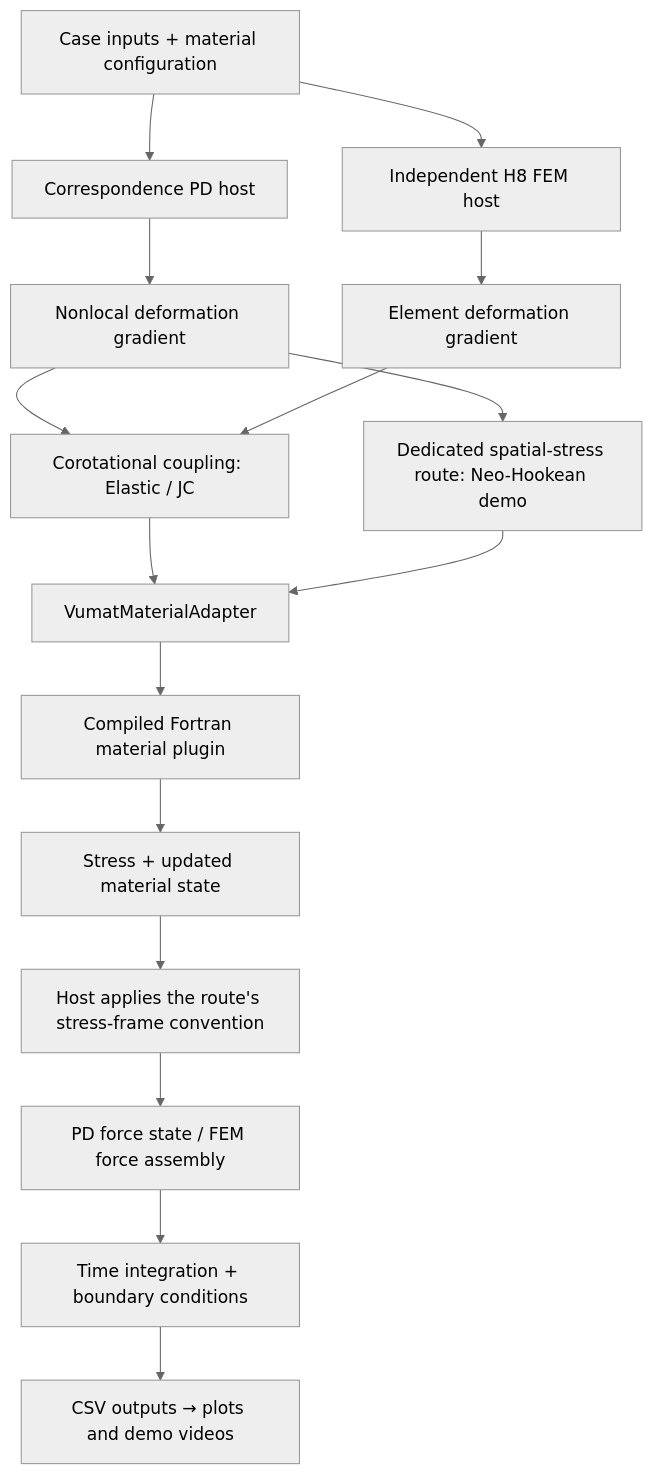
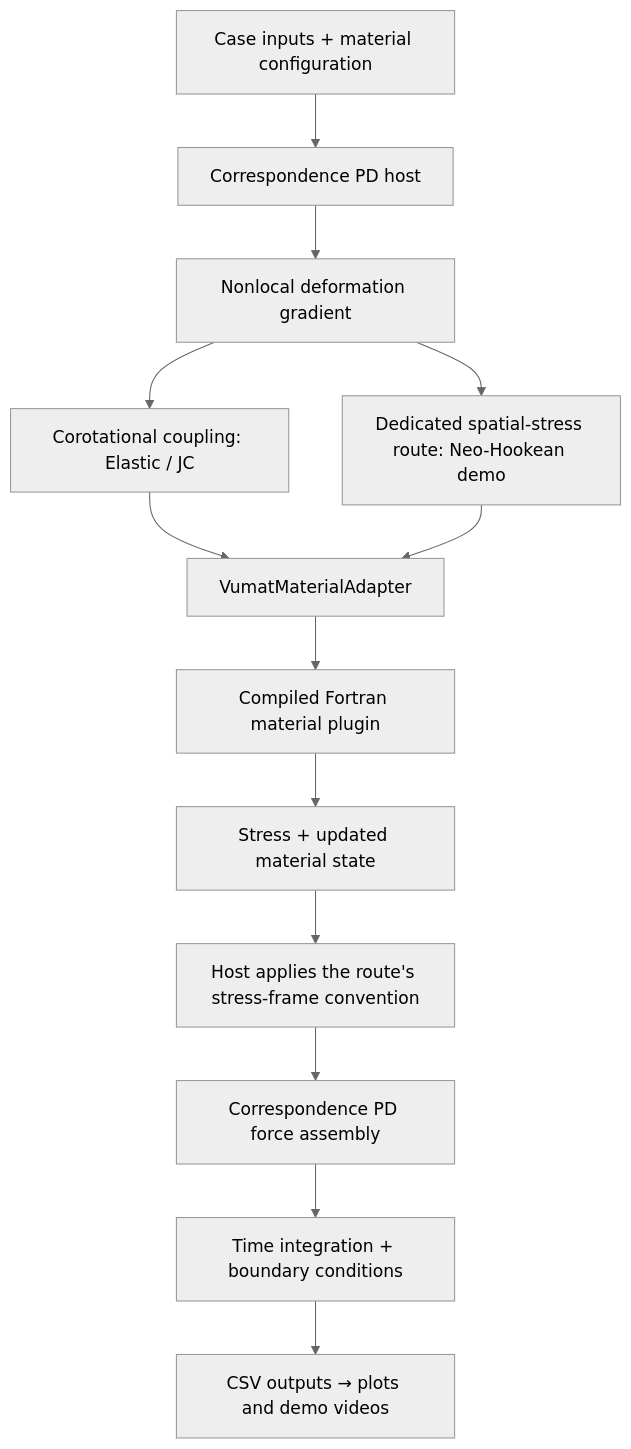
One commit to 1998yu/vumat-pd changed the diagram in docs/architecture.md. Above: the diagram before and after it, drawn with Mermaid (neutral theme). The commit also changed other lines of this file and 35 other files, not shown here.

````diff
--- a/docs/architecture.md
+++ b/docs/architecture.md
@@ -28,18 +28,15 @@
 ```mermaid
 flowchart TD
     Inputs["Case inputs + material configuration"] --> PD["Correspondence PD host"]
-    Inputs --> FEM["Independent H8 FEM host"]
     PD --> PF["Nonlocal deformation gradient"]
-    FEM --> FF["Element deformation gradient"]
     PF --> Corot["Corotational coupling: Elastic / JC"]
-    FF --> Corot
     PF --> Spatial["Dedicated spatial-stress route: Neo-Hookean demo"]
     Corot --> Adapter["VumatMaterialAdapter"]
     Spatial --> Adapter
     Adapter --> Plugin["Compiled Fortran material plugin"]
     Plugin --> Returned["Stress + updated material state"]
     Returned --> Frame["Host applies the route's stress-frame convention"]
-    Frame --> Forces["PD force state / FEM force assembly"]
+    Frame --> Forces["Correspondence PD force assembly"]
     Forces --> Motion["Time integration + boundary conditions"]
     Motion --> Outputs["CSV outputs → plots and demo videos"]
 ```
````
